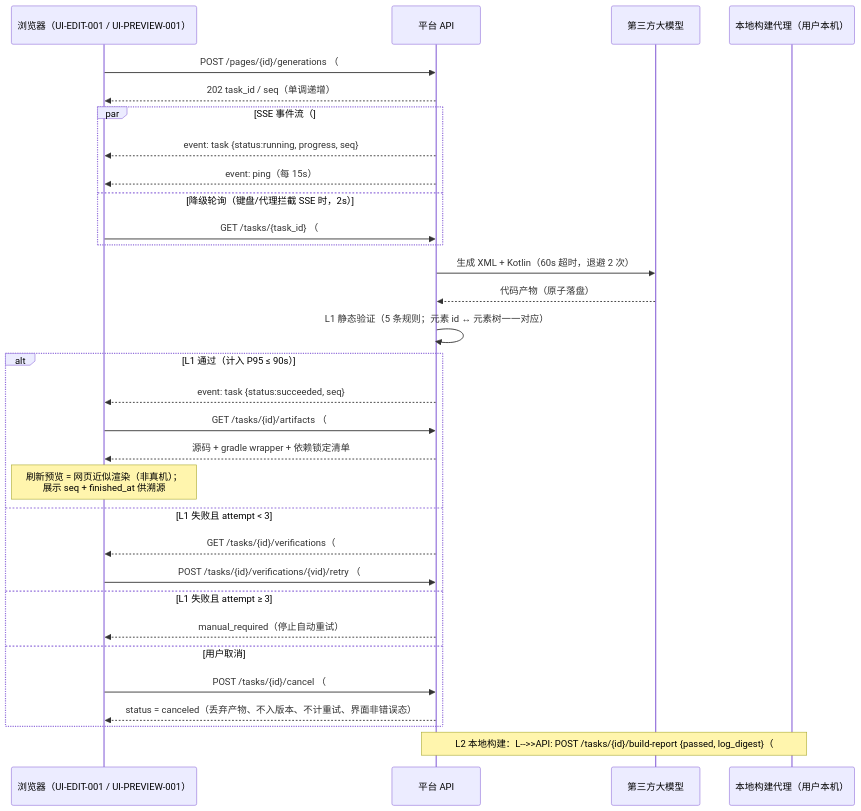
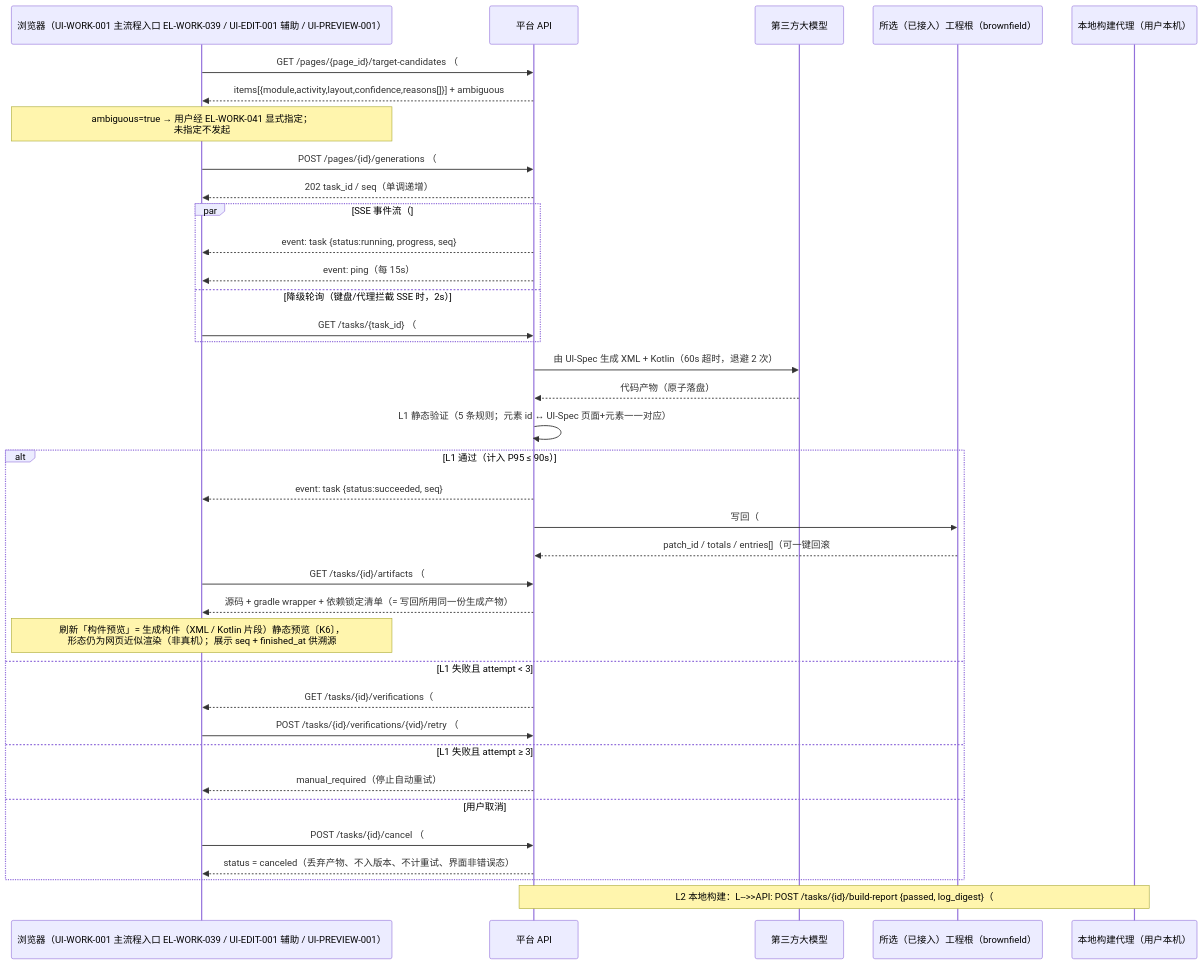
The sixth of 7 diagrams in platform/specs/接口-Spec.md (xiexinli/AutoDevelopment), drawn with Mermaid before and after one commit. The commit also changed other lines of this file and 37 other files, not shown here.

````diff
--- a/platform/specs/接口-Spec.md
+++ b/platform/specs/接口-Spec.md
@@ -2064,33 +2164,39 @@
 ```mermaid
 sequenceDiagram
-    participant U as 浏览器（UI-EDIT-001 / UI-PREVIEW-001）
+    participant U as 浏览器（UI-WORK-001 主流程入口 EL-WORK-039 / UI-EDIT-001 辅助 / UI-PREVIEW-001）
     participant API as 平台 API
     participant LLM as 第三方大模型
+    participant R as 所选（已接入）工程根（brownfield）
     participant L as 本地构建代理（用户本机）
-    U->>API: POST /pages/{id}/generations （#43，input_hash + base_seq + Idempotency-Key）
+    U->>API: GET /pages/{page_id}/target-candidates （#80，正式；仅 source_kind=imported）
+    API-->>U: items[{module,activity,layout,confidence,reasons[]}] + ambiguous
+    Note over U: ambiguous=true → 用户经 EL-WORK-041 显式指定；<br/>未指定不发起 #43〔K5〕
+    U->>API: POST /pages/{id}/generations （#43，input_hash=UI-Spec 快照哈希 + base_seq + target? + Idempotency-Key）
     API-->>U: 202 task_id / seq（单调递增）
     par SSE 事件流（#45）
         API-->>U: event: task {status:running, progress, seq}
         API-->>U: event: ping（每 15s）
     and 降级轮询（键盘/代理拦截 SSE 时，2s）
         U->>API: GET /tasks/{task_id} （#44，出参自足）
     end
-    API->>LLM: 生成 XML + Kotlin（60s 超时，退避 2 次）
+    API->>LLM: 由 UI-Spec 生成 XML + Kotlin（60s 超时，退避 2 次）
     LLM-->>API: 代码产物（原子落盘）
-    API->>API: L1 静态验证（5 条规则；元素 id ↔ 元素树一一对应）
+    API->>API: L1 静态验证（5 条规则；元素 id ↔ UI-Spec 页面+元素一一对应）
     alt L1 通过（计入 P95 ≤ 90s）
         API-->>U: event: task {status:succeeded, seq}
+        API->>R: 写回（#79 按既有工程结构合并后写回登记工程根）〔K4〕
+        R-->>API: patch_id / totals / entries[]（可一键回滚 #78）
         U->>API: GET /tasks/{id}/artifacts （#47）
-        API-->>U: 源码 + gradle wrapper + 依赖锁定清单
-        Note over U: 刷新预览 = 网页近似渲染（非真机）；<br/>展示 seq + finished_at 供溯源
+        API-->>U: 源码 + gradle wrapper + 依赖锁定清单（= 写回所用同一份生成产物）
+        Note over U: 刷新「构件预览」= 生成构件（XML / Kotlin 片段）静态预览〔K6〕，<br/>形态仍为网页近似渲染（非真机）；展示 seq + finished_at 供溯源
     else L1 失败且 attempt < 3
         API-->>U: GET /tasks/{id}/verifications（#49）→ l1_result.checks[]
         U->>API: POST /tasks/{id}/verifications/{vid}/retry （#48）
     else L1 失败且 attempt ≥ 3
         API-->>U: manual_required（停止自动重试）
     else 用户取消
         U->>API: POST /tasks/{id}/cancel （#44a）
         API-->>U: status = canceled（丢弃产物、不入版本、不计重试、界面非错误态）
     end
     Note over L,API: L2 本地构建：L-->>API: POST /tasks/{id}/build-report {passed, log_digest}（#46）<br/>【仅记录、不计平台指标】；未回传 → reported=false →「未验证构建」，【不阻断用户】
 ```
````
